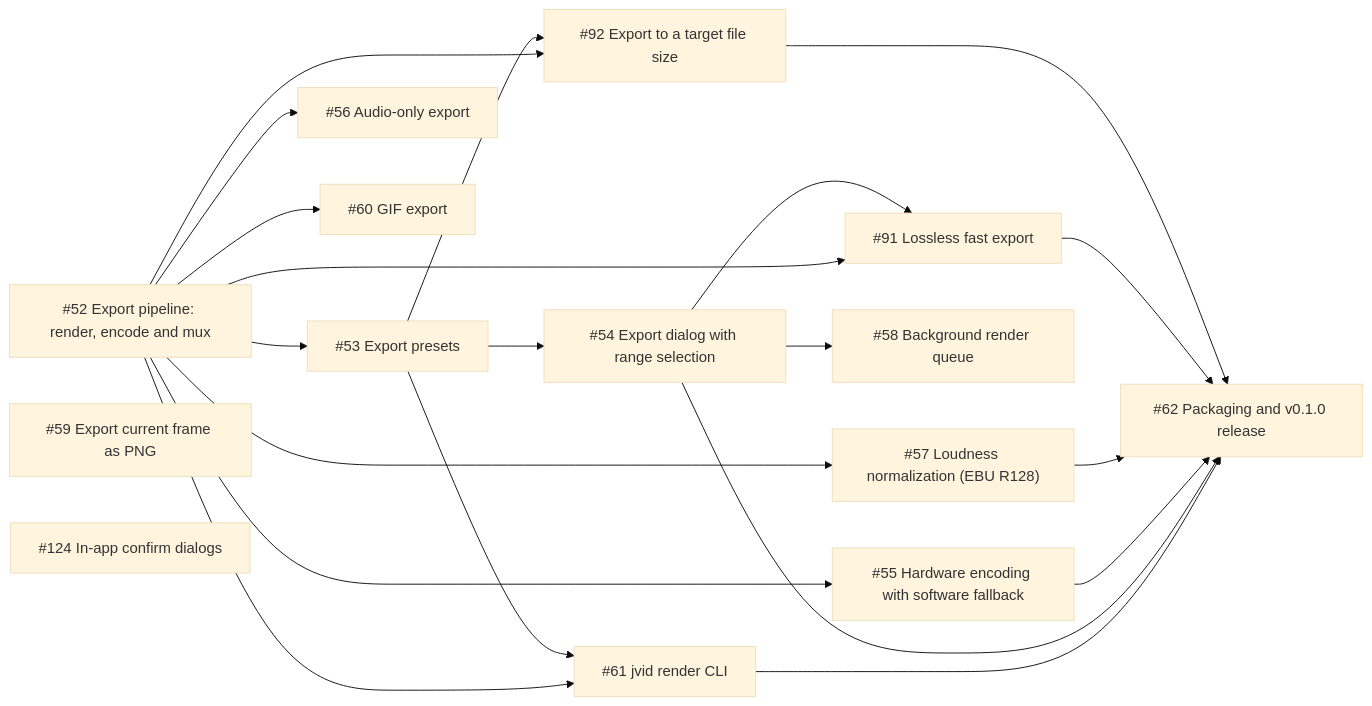
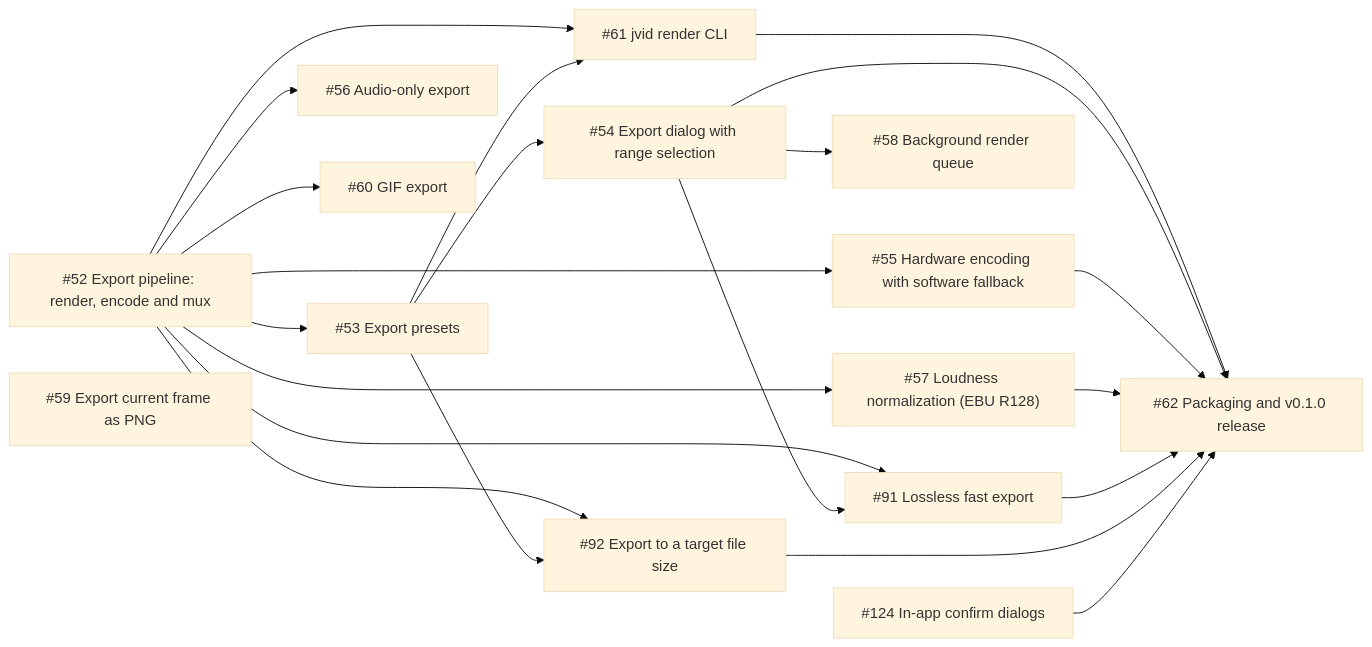
One commit to jarradbanks/jvid changed the fifth of 7 diagrams in docs/ROADMAP.md. Above: the diagram before and after it, drawn with Mermaid (base theme). The commit also changed other lines of this file and 2 other files, not shown here.

Commit message:
Roadmap: v0.1.0 release waits on all owner-reported fixes

````diff
--- a/docs/ROADMAP.md
+++ b/docs/ROADMAP.md
@@ -304,36 +304,37 @@
 ```mermaid
 flowchart LR
   encode["#35;52 Export pipeline: render, encode and mux"]
   presets["#35;53 Export presets"]
   export_dialog["#35;54 Export dialog with range selection"]
   hw_encode["#35;55 Hardware encoding with software fallback"]
   audio_export["#35;56 Audio-only export"]
   loudness["#35;57 Loudness normalization (EBU R128)"]
   queue["#35;58 Background render queue"]
   frame_png["#35;59 Export current frame as PNG"]
   gif["#35;60 GIF export"]
   lossless_export["#35;91 Lossless fast export"]
   target_size["#35;92 Export to a target file size"]
   cli["#35;61 jvid render CLI"]
+  in_app_dialogs["#35;124 In-app confirm dialogs"]
   release["#35;62 Packaging and v0.1.0 release"]
-  in_app_dialogs["#35;124 In-app confirm dialogs"]
   encode --> presets
   presets --> export_dialog
   encode --> hw_encode
   encode --> audio_export
   encode --> loudness
   export_dialog --> queue
   encode --> gif
   encode --> lossless_export
   export_dialog --> lossless_export
   encode --> target_size
   presets --> target_size
   encode --> cli
   presets --> cli
   cli --> release
   export_dialog --> release
   hw_encode --> release
   loudness --> release
   lossless_export --> release
   target_size --> release
+  in_app_dialogs --> release
 ```
````
